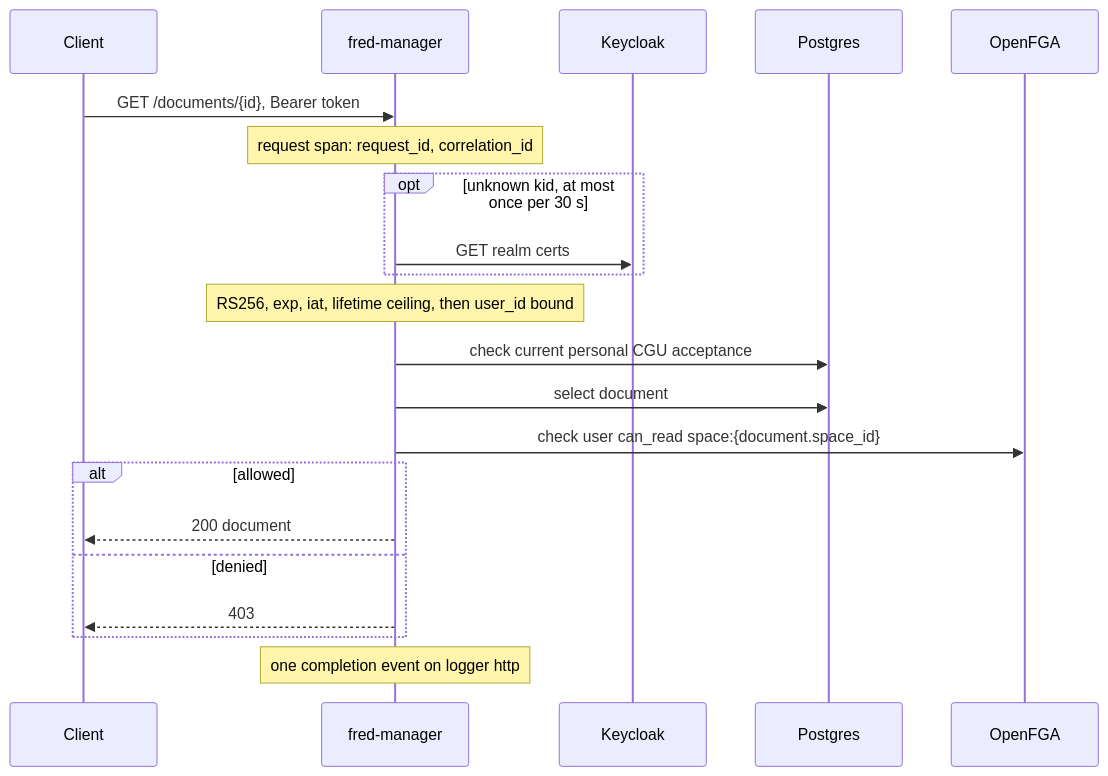
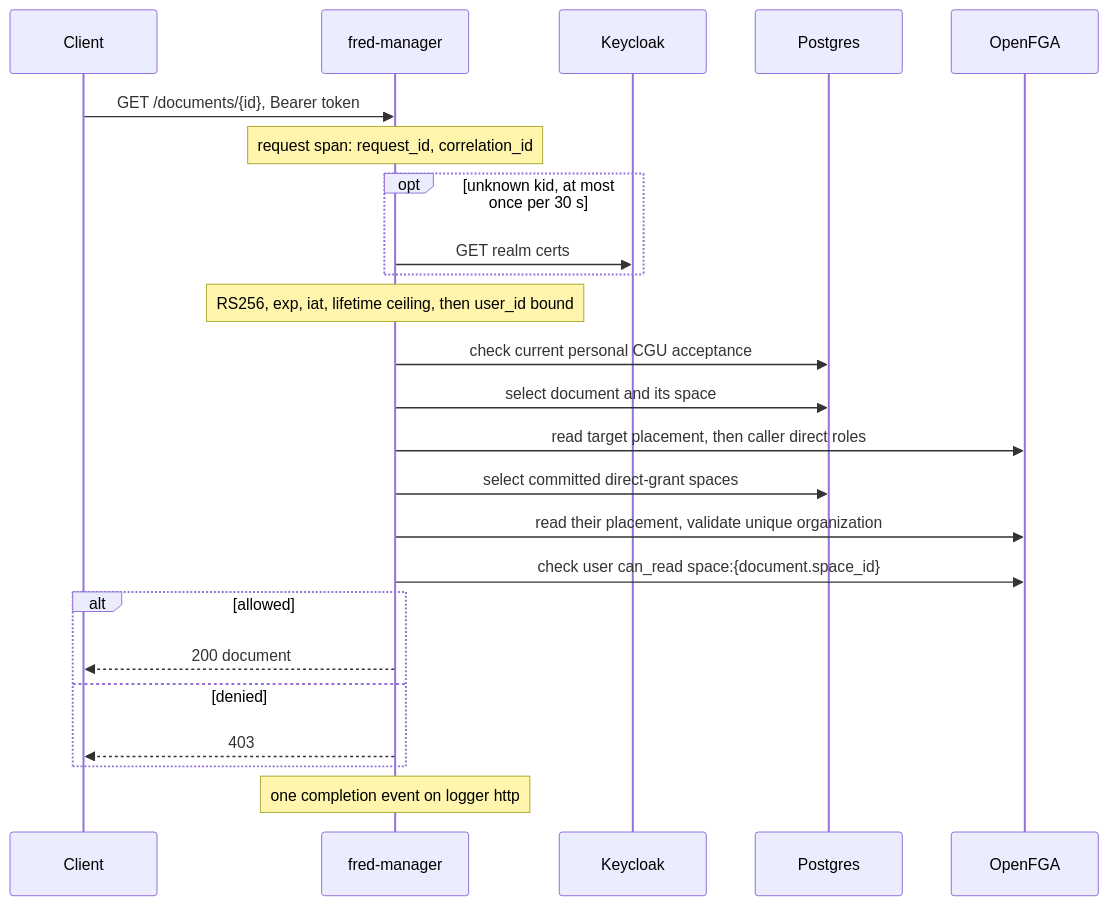
Before and after one commit to ThalesGroup/fred: the third of 9 diagrams in docs/architecture/A1-manager-runtime.md, drawn with Mermaid. The commit also changed other lines of this file and 22 other files, not shown here.

````diff
--- a/docs/architecture/A1-manager-runtime.md
+++ b/docs/architecture/A1-manager-runtime.md
@@ -142,23 +144,26 @@
 ```mermaid
 sequenceDiagram
     participant C as Client
     participant M as fred-manager
     participant KC as Keycloak
     participant PG as Postgres
     participant FGA as OpenFGA
     C->>M: GET /documents/{id}, Bearer token
     Note over M: request span: request_id, correlation_id
     opt unknown kid, at most once per 30 s
         M->>KC: GET realm certs
     end
     Note over M: RS256, exp, iat, lifetime ceiling, then user_id bound
     M->>PG: check current personal CGU acceptance
-    M->>PG: select document
+    M->>PG: select document and its space
+    M->>FGA: read target placement, then caller direct roles
+    M->>PG: select committed direct-grant spaces
+    M->>FGA: read their placement, validate unique organization
     M->>FGA: check user can_read space:{document.space_id}
     alt allowed
         M-->>C: 200 document
     else denied
         M-->>C: 403
     end
     Note over M: one completion event on logger http
 ```
````
